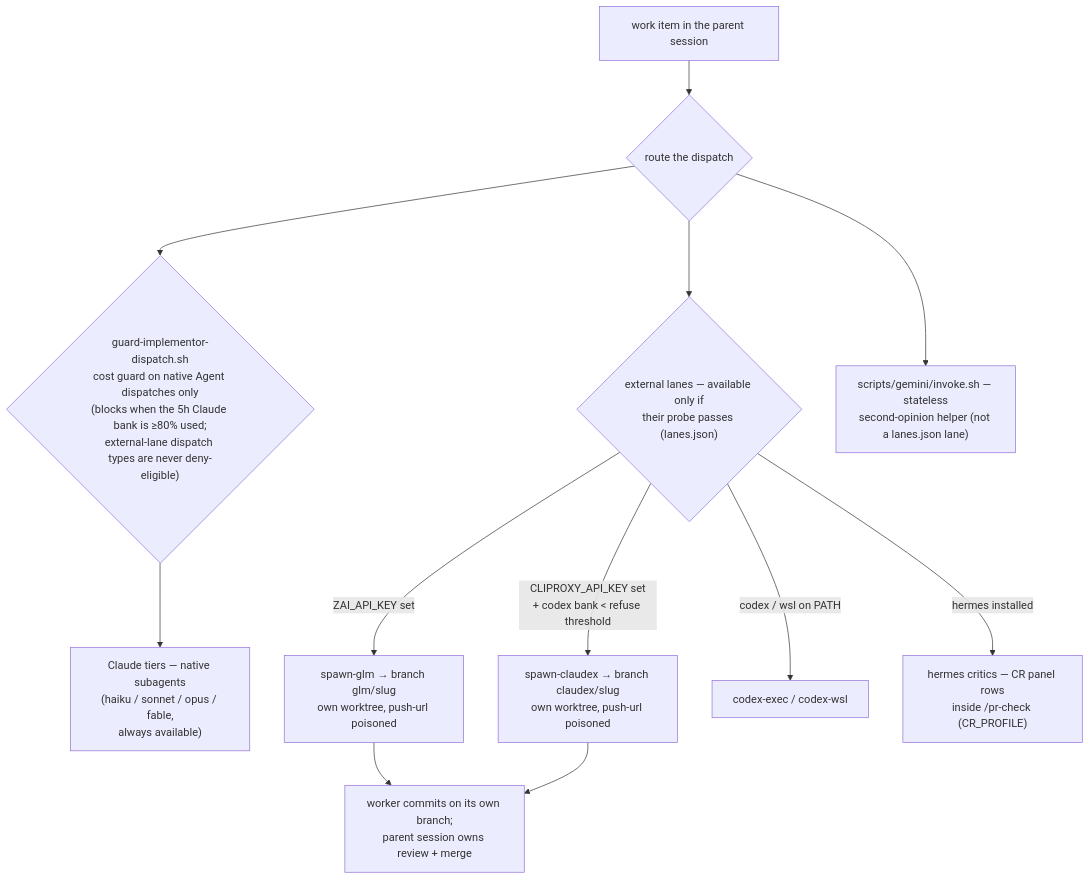
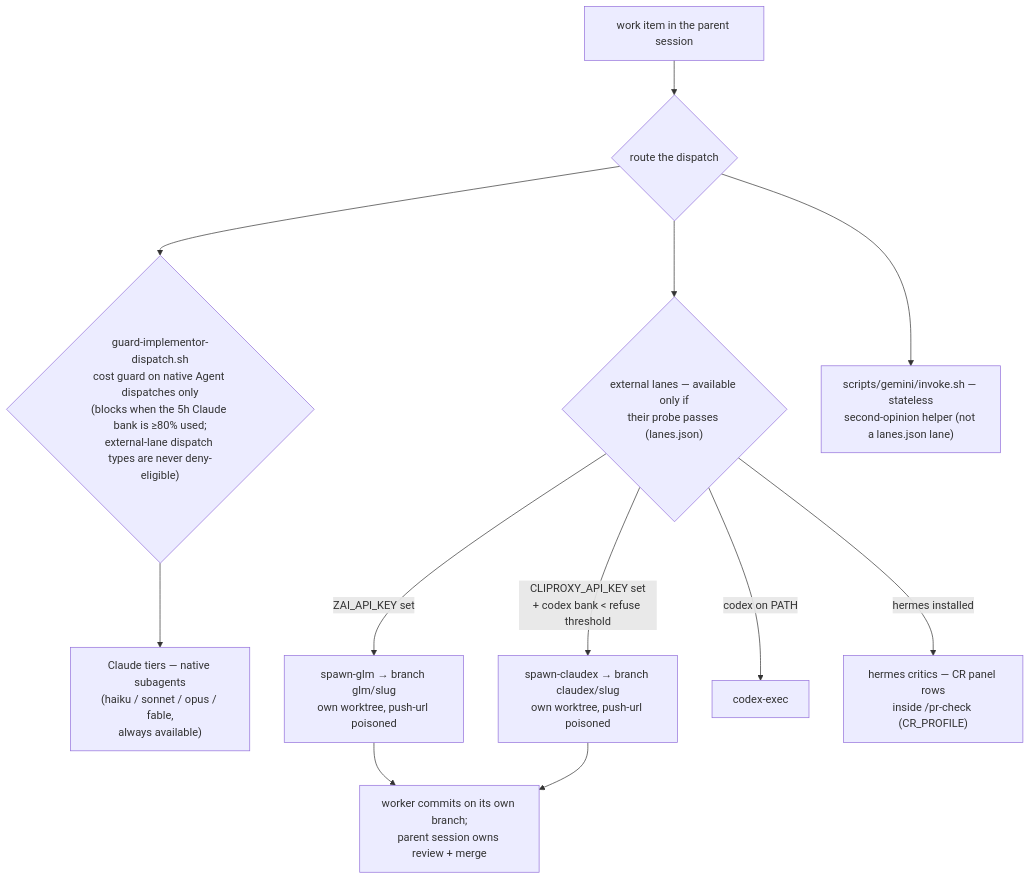
The fourth of 4 diagrams in docs/configuration.md (Goomal/Himmel), drawn with Mermaid before and after one commit. The commit also changed other lines of this file and 37 other files, not shown here.

````diff
--- a/docs/configuration.md
+++ b/docs/configuration.md
@@ -238,14 +238,14 @@
 ```mermaid
 flowchart TD
     WORK["work item in the parent session"] --> ROUTE{"route the dispatch"}
     ROUTE --> GUARD{"guard-implementor-dispatch.sh<br/>cost guard on native Agent dispatches only<br/>(blocks when the 5h Claude bank is ≥80% used;<br/>external-lane dispatch types are never deny-eligible)"}
     GUARD --> TIER["Claude tiers — native subagents<br/>(haiku / sonnet / opus / fable,<br/>always available)"]
     ROUTE --> EXT{"external lanes — available only if<br/>their probe passes (lanes.json)"}
     EXT -->|"ZAI_API_KEY set"| GLM["spawn-glm → branch glm/slug<br/>own worktree, push-url poisoned"]
     EXT -->|"CLIPROXY_API_KEY set<br/>+ codex bank < refuse threshold"| CLX["spawn-claudex → branch claudex/slug<br/>own worktree, push-url poisoned"]
-    EXT -->|"codex / wsl on PATH"| CDX["codex-exec / codex-wsl"]
+    EXT -->|"codex on PATH"| CDX["codex-exec"]
     EXT -->|"hermes installed"| HRM["hermes critics — CR panel rows<br/>inside /pr-check (CR_PROFILE)"]
     ROUTE --> GEM["scripts/gemini/invoke.sh — stateless<br/>second-opinion helper (not a lanes.json lane)"]
     GLM --> BACK["worker commits on its own branch;<br/>parent session owns review + merge"]
     CLX --> BACK
 ```
````
